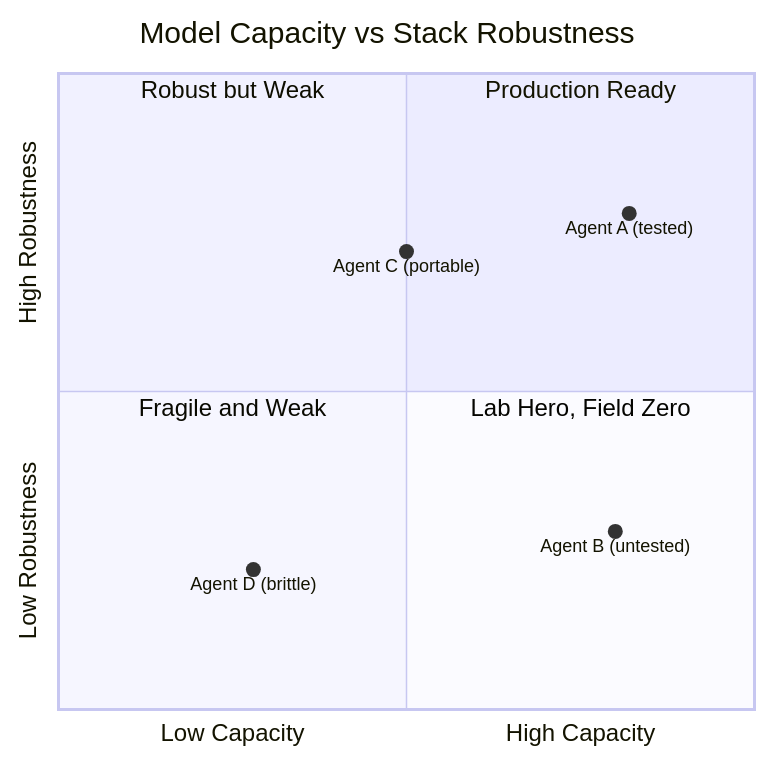
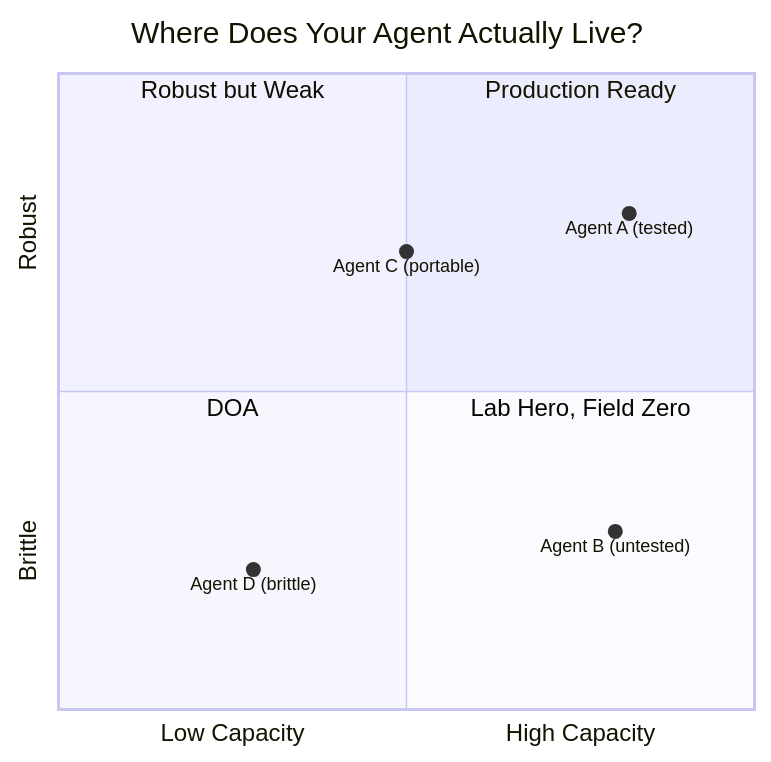
The third of 4 diagrams in README.md (realityinspector/stack-eval), drawn with Mermaid before and after one commit. The commit also changed other lines of this file, not shown here.

First line of the commit message:
Revise README for StackEval project overview

````diff
--- a/README.md
+++ b/README.md
@@ -131,14 +76,14 @@
 ```mermaid
 quadrantChart
-    title Model Capacity vs Stack Robustness
+    title Where Does Your Agent Actually Live?
     x-axis "Low Capacity" --> "High Capacity"
-    y-axis "Low Robustness" --> "High Robustness"
+    y-axis "Brittle" --> "Robust"
     quadrant-1 "Production Ready"
     quadrant-2 "Robust but Weak"
-    quadrant-3 "Fragile and Weak"
+    quadrant-3 "DOA"
     quadrant-4 "Lab Hero, Field Zero"
     "Agent A (tested)": [0.82, 0.78]
     "Agent B (untested)": [0.80, 0.28]
     "Agent C (portable)": [0.50, 0.72]
     "Agent D (brittle)": [0.28, 0.22]
 ```
````
